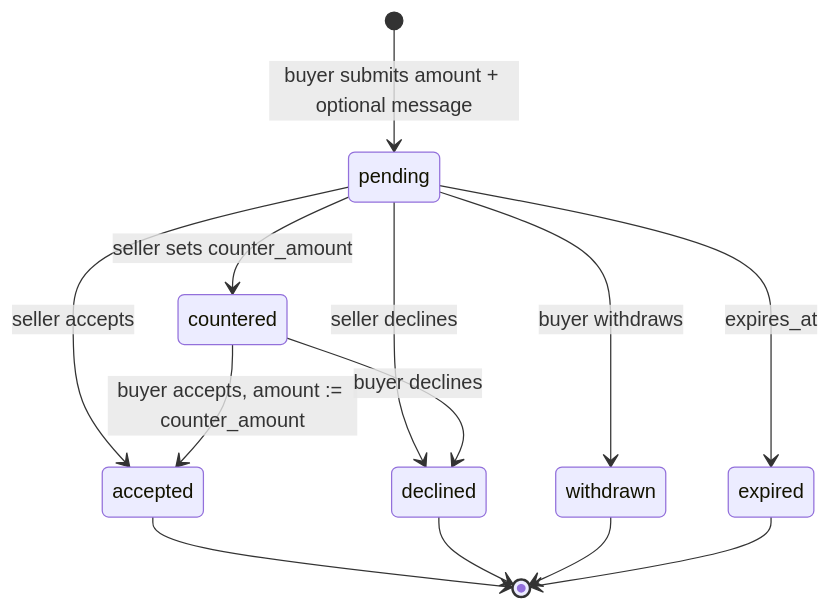
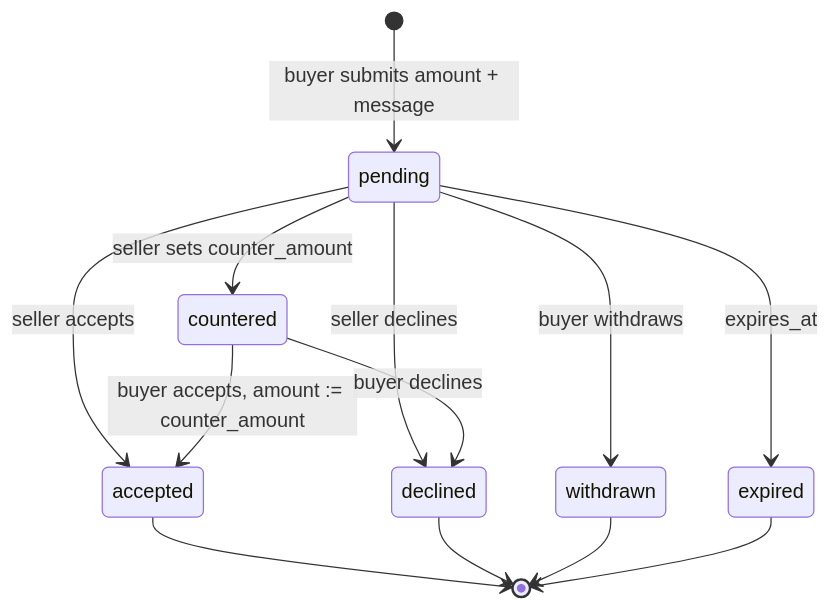
The second of 3 diagrams in README.md (DERK333/marketflow), drawn with Mermaid before and after one commit. The commit also changed other lines of this file, not shown here.

````diff
--- a/README.md
+++ b/README.md
@@ -221,15 +336,15 @@
 ```mermaid
 stateDiagram-v2
-    [*] --> pending: buyer submits amount + optional message
+    [*] --> pending: buyer submits amount + message
     pending --> accepted: seller accepts
     pending --> declined: seller declines
     pending --> countered: seller sets counter_amount
     pending --> withdrawn: buyer withdraws
     pending --> expired: expires_at
     countered --> accepted: buyer accepts, amount := counter_amount
     countered --> declined: buyer declines
     accepted --> [*]
     declined --> [*]
     withdrawn --> [*]
     expired --> [*]
 ```
````
